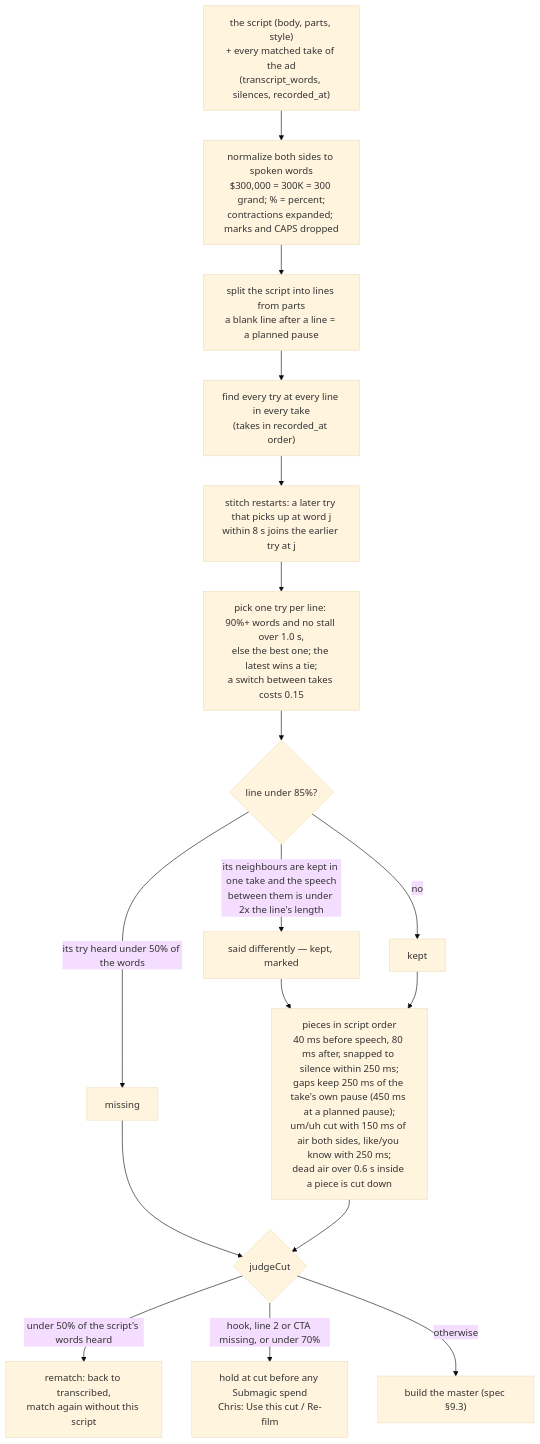
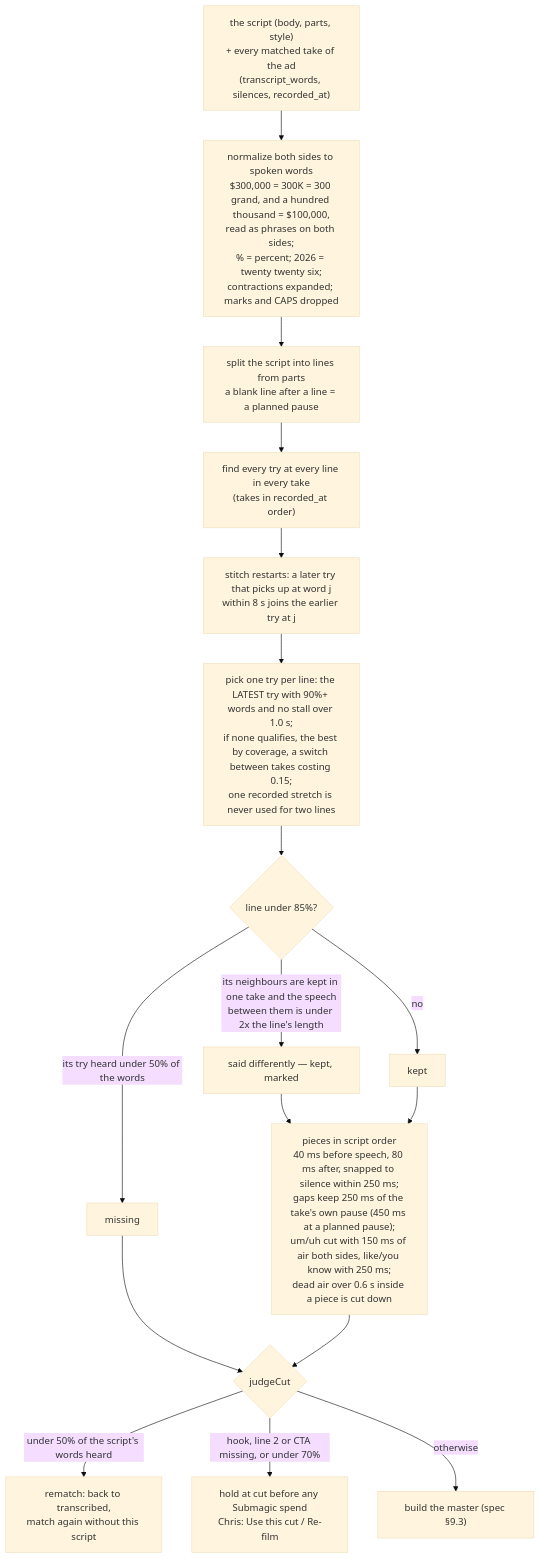
Before and after one commit to ZootimusMaximusSupreme/Fundhub_ai: the second of 2 diagrams in docs/journeys/ad-video-flow.md, drawn with Mermaid (base theme). The commit also changed other lines of this file and 3 other files, not shown here.

First line of the commit message:
Aligner review round 1: spoken numbers, latest qualifying try, repeated lines

````diff
--- a/docs/journeys/ad-video-flow.md
+++ b/docs/journeys/ad-video-flow.md
@@ -291,19 +291,19 @@
 ```mermaid
 flowchart TD
-    IN["the script (body, parts, style)<br/>+ every matched take of the ad<br/>(transcript_words, silences, recorded_at)"] --> N["normalize both sides to spoken words<br/>$300,000 = 300K = 300 grand; % = percent;<br/>contractions expanded; marks and CAPS dropped"]
+    IN["the script (body, parts, style)<br/>+ every matched take of the ad<br/>(transcript_words, silences, recorded_at)"] --> N["normalize both sides to spoken words<br/>$300,000 = 300K = 300 grand, and a hundred thousand = $100,000,<br/>read as phrases on both sides;<br/>% = percent; 2026 = twenty twenty six;<br/>contractions expanded; marks and CAPS dropped"]
     N --> L["split the script into lines from parts<br/>a blank line after a line = a planned pause"]
     L --> A["find every try at every line in every take<br/>(takes in recorded_at order)"]
     A --> S["stitch restarts: a later try that picks up at word j<br/>within 8 s joins the earlier try at j"]
-    S --> P["pick one try per line: 90%+ words and no stall over 1.0 s,<br/>else the best one; the latest wins a tie;<br/>a switch between takes costs 0.15"]
+    S --> P["pick one try per line: the LATEST try with 90%+ words and no stall over 1.0 s;<br/>if none qualifies, the best by coverage, a switch between takes costing 0.15;<br/>one recorded stretch is never used for two lines"]
     P --> D{"line under 85%?"}
     D -->|"its neighbours are kept in one take and the speech<br/>between them is under 2x the line's length"| SD["said differently — kept, marked"]
     D -->|"its try heard under 50% of the words"| M["missing"]
     D -->|"no"| K["kept"]
     SD --> E
     K --> E["pieces in script order<br/>40 ms before speech, 80 ms after, snapped to silence within 250 ms;<br/>gaps keep 250 ms of the take's own pause (450 ms at a planned pause);<br/>um/uh cut with 150 ms of air both sides, like/you know with 250 ms;<br/>dead air over 0.6 s inside a piece is cut down"]
     M --> J
     E --> J{"judgeCut"}
     J -->|"under 50% of the script's words heard"| RM["rematch: back to transcribed,<br/>match again without this script"]
     J -->|"hook, line 2 or CTA missing, or under 70%"| H["hold at cut before any Submagic spend<br/>Chris: Use this cut / Re-film"]
     J -->|"otherwise"| B["build the master (spec §9.3)"]
 ```
````
